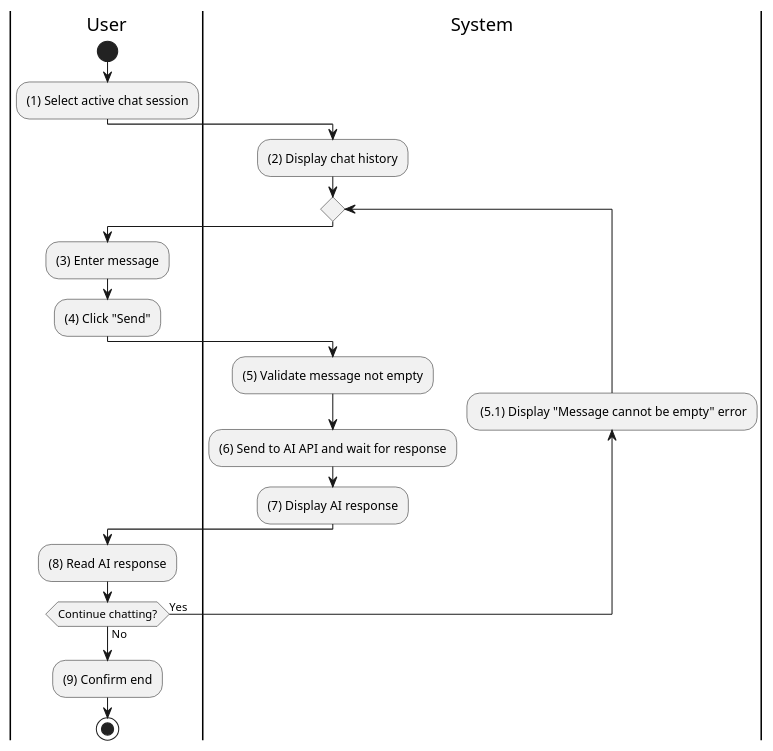
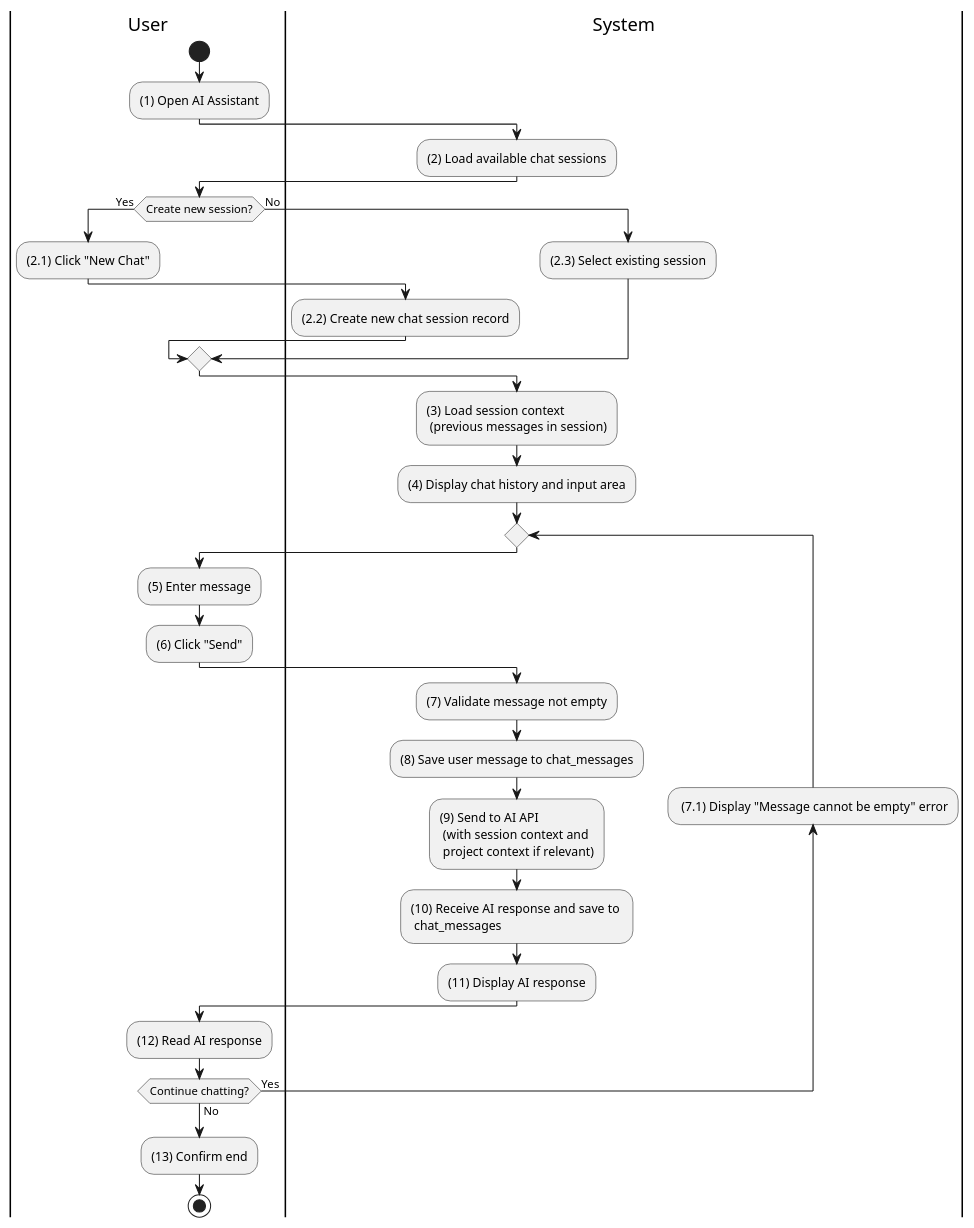
Before and after one commit to taskpilot-platform/taskpilot-platform.github.io: the diagram in docs/docs/activity/ai-assistant/chat-with-ai.md, drawn with PlantUML. The commit also changed 17 other files, not shown here.

````diff
--- a/docs/docs/activity/ai-assistant/chat-with-ai.md
+++ b/docs/docs/activity/ai-assistant/chat-with-ai.md
@@ -3,31 +3,47 @@
 ```plantuml
 @startuml
 |U|User
 |S|System
 
 |U|
 start
-:(1) Select active chat session;
+:(1) Open AI Assistant;
 
 |S|
-:(2) Display chat history;
+:(2) Load available chat sessions;
+
+|U|
+if (Create new session?) then (Yes)
+  :(2.1) Click "New Chat";
+  |S|
+  :(2.2) Create new chat session record;
+else (No)
+  :(2.3) Select existing session;
+endif
+
+|S|
+:(3) Load session context \n (previous messages in session);
+:(4) Display chat history and input area;
 
 repeat
   |U|
-  :(3) Enter message;
-  :(4) Click "Send";
+  :(5) Enter message;
+  :(6) Click "Send";
 
   |S|
-  :(5) Validate message not empty;
-  backward: (5.1) Display "Message cannot be empty" error;
-  :(6) Send to AI API and wait for response;
-  :(7) Display AI response;
+  :(7) Validate message not empty;
+  backward: (7.1) Display "Message cannot be empty" error;
+  :(8) Save user message to chat_messages;
+  :(9) Send to AI API \n (with session context and \n project context if relevant);
+  :(10) Receive AI response and save to \n chat_messages;
+  :(11) Display AI response;
   |U|
-  :(8) Read AI response;
+  :(12) Read AI response;
 repeat while (Continue chatting?) is (Yes) not (No)
 
-:(9) Confirm end;
+|U|
+:(13) Confirm end;
 
 stop
 @enduml
 ```
````
